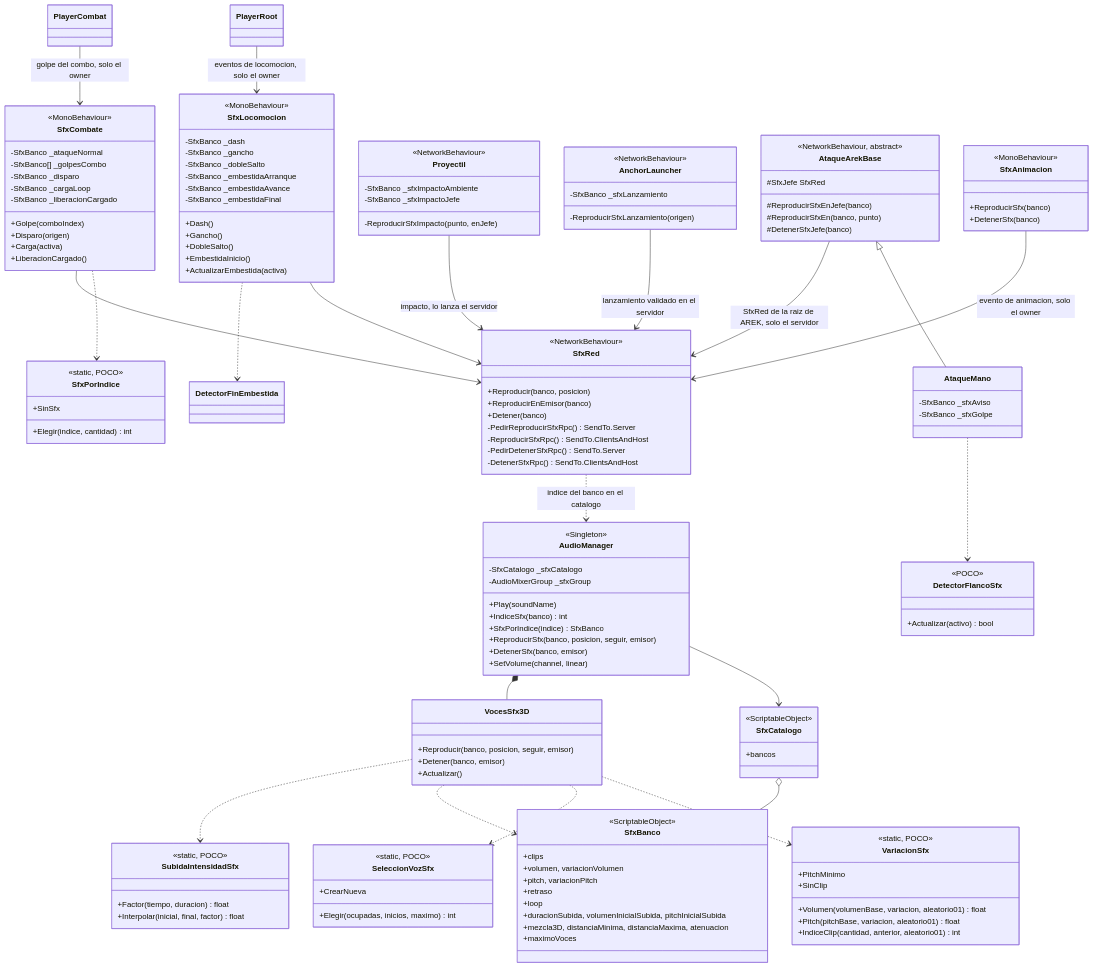
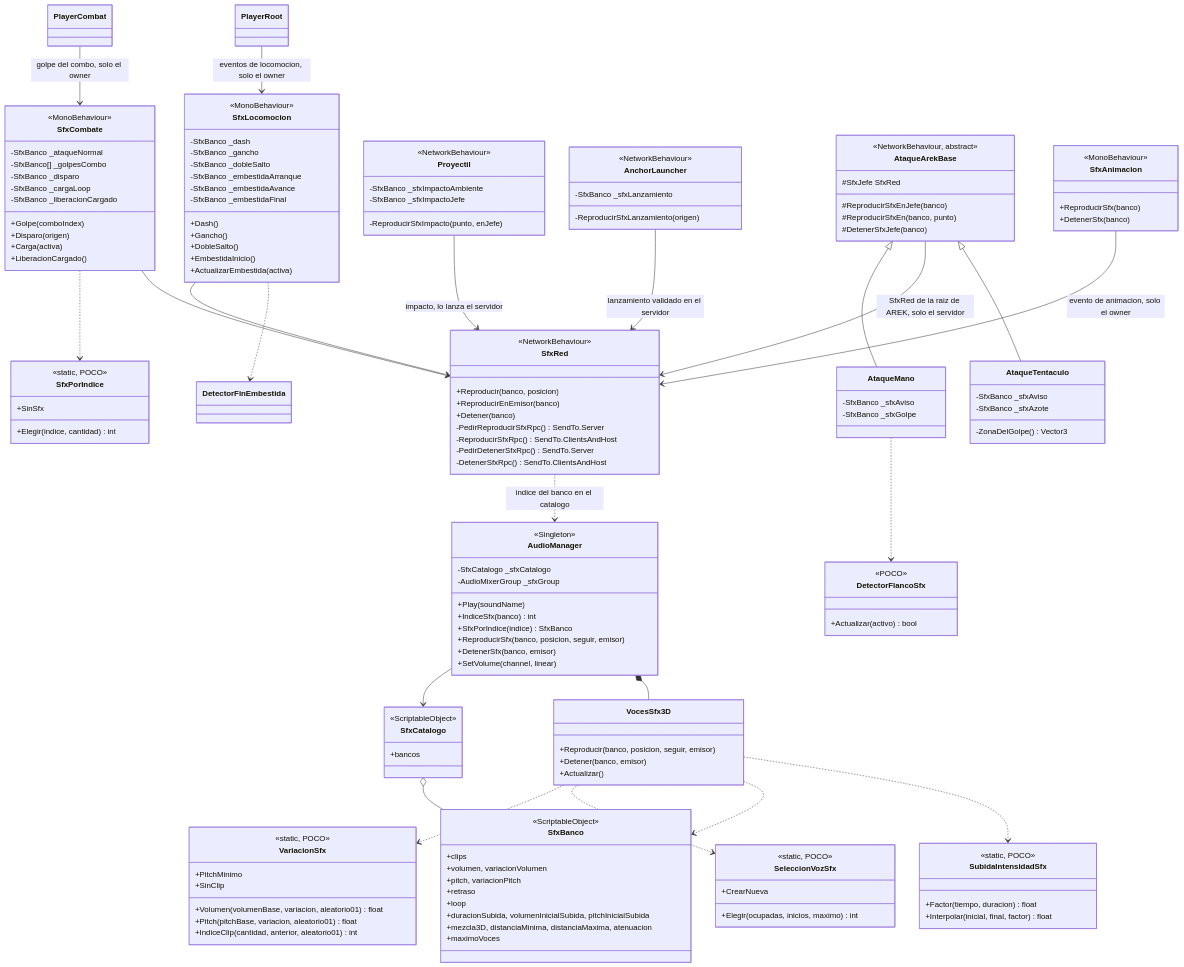
One commit to VicBojoDev10/DeathOfMeaningRepo changed the diagram in docs/diagrams/audio.mermaid. Above: the diagram before and after it, drawn with Mermaid.

Commit message:
doc: add tentacle attack sounds to the audio diagram

```diff
--- a/docs/diagrams/audio.mermaid
+++ b/docs/diagrams/audio.mermaid
@@ -1,159 +1,166 @@
 classDiagram
     class VariacionSfx {
         <<static, POCO>>
         +PitchMinimo
         +SinClip
         +Volumen(volumenBase, variacion, aleatorio01) float
         +Pitch(pitchBase, variacion, aleatorio01) float
         +IndiceClip(cantidad, anterior, aleatorio01) int
     }
 
     class SeleccionVozSfx {
         <<static, POCO>>
         +CrearNueva
         +Elegir(ocupadas, inicios, maximo) int
     }
 
     class SfxPorIndice {
         <<static, POCO>>
         +SinSfx
         +Elegir(indice, cantidad) int
     }
 
     class SfxCombate {
         <<MonoBehaviour>>
         -SfxBanco _ataqueNormal
         -SfxBanco[] _golpesCombo
         -SfxBanco _disparo
         -SfxBanco _cargaLoop
         -SfxBanco _liberacionCargado
         +Golpe(comboIndex)
         +Disparo(origen)
         +Carga(activa)
         +LiberacionCargado()
     }
 
     class SfxLocomocion {
         <<MonoBehaviour>>
         -SfxBanco _dash
         -SfxBanco _gancho
         -SfxBanco _dobleSalto
         -SfxBanco _embestidaArranque
         -SfxBanco _embestidaAvance
         -SfxBanco _embestidaFinal
         +Dash()
         +Gancho()
         +DobleSalto()
         +EmbestidaInicio()
         +ActualizarEmbestida(activa)
     }
 
     class Proyectil {
         <<NetworkBehaviour>>
         -SfxBanco _sfxImpactoAmbiente
         -SfxBanco _sfxImpactoJefe
         -ReproducirSfxImpacto(punto, enJefe)
     }
 
     class AnchorLauncher {
         <<NetworkBehaviour>>
         -SfxBanco _sfxLanzamiento
         -ReproducirSfxLanzamiento(origen)
     }
 
     class DetectorFlancoSfx {
         <<POCO>>
         +Actualizar(activo) bool
     }
 
     class AtaqueArekBase {
         <<NetworkBehaviour, abstract>>
         #SfxJefe SfxRed
         #ReproducirSfxEnJefe(banco)
         #ReproducirSfxEn(banco, punto)
         #DetenerSfxJefe(banco)
     }
 
     class AtaqueMano {
         -SfxBanco _sfxAviso
         -SfxBanco _sfxGolpe
     }
 
+    class AtaqueTentaculo {
+        -SfxBanco _sfxAviso
+        -SfxBanco _sfxAzote
+        -ZonaDelGolpe() Vector3
+    }
+
     class SubidaIntensidadSfx {
         <<static, POCO>>
         +Factor(tiempo, duracion) float
         +Interpolar(inicial, final, factor) float
     }
 
     class SfxBanco {
         <<ScriptableObject>>
         +clips
         +volumen, variacionVolumen
         +pitch, variacionPitch
         +retraso
         +loop
         +duracionSubida, volumenInicialSubida, pitchInicialSubida
         +mezcla3D, distanciaMinima, distanciaMaxima, atenuacion
         +maximoVoces
     }
 
     class SfxCatalogo {
         <<ScriptableObject>>
         +bancos
     }
 
     class AudioManager {
         <<Singleton>>
         -SfxCatalogo _sfxCatalogo
         -AudioMixerGroup _sfxGroup
         +Play(soundName)
         +IndiceSfx(banco) int
         +SfxPorIndice(indice) SfxBanco
         +ReproducirSfx(banco, posicion, seguir, emisor)
         +DetenerSfx(banco, emisor)
         +SetVolume(channel, linear)
     }
 
     class VocesSfx3D {
         +Reproducir(banco, posicion, seguir, emisor)
         +Detener(banco, emisor)
         +Actualizar()
     }
 
     class SfxRed {
         <<NetworkBehaviour>>
         +Reproducir(banco, posicion)
         +ReproducirEnEmisor(banco)
         +Detener(banco)
         -PedirReproducirSfxRpc() SendTo.Server
         -ReproducirSfxRpc() SendTo.ClientsAndHost
         -PedirDetenerSfxRpc() SendTo.Server
         -DetenerSfxRpc() SendTo.ClientsAndHost
     }
 
     class SfxAnimacion {
         <<MonoBehaviour>>
         +ReproducirSfx(banco)
         +DetenerSfx(banco)
     }
 
     SfxCatalogo o-- SfxBanco
     AudioManager --> SfxCatalogo
     AudioManager *-- VocesSfx3D
     VocesSfx3D ..> VariacionSfx
     VocesSfx3D ..> SeleccionVozSfx
     VocesSfx3D ..> SfxBanco
     SfxRed ..> AudioManager : indice del banco en el catalogo
     SfxAnimacion --> SfxRed : evento de animacion, solo el owner
     PlayerCombat --> SfxCombate : golpe del combo, solo el owner
     SfxCombate ..> SfxPorIndice
     SfxCombate --> SfxRed
     VocesSfx3D ..> SubidaIntensidadSfx
     PlayerRoot --> SfxLocomocion : eventos de locomocion, solo el owner
     SfxLocomocion --> SfxRed
     Proyectil --> SfxRed : impacto, lo lanza el servidor
     SfxLocomocion ..> DetectorFinEmbestida
     AnchorLauncher --> SfxRed : lanzamiento validado en el servidor
     AtaqueArekBase <|-- AtaqueMano
     AtaqueArekBase --> SfxRed : SfxRed de la raiz de AREK, solo el servidor
     AtaqueMano ..> DetectorFlancoSfx
+    AtaqueArekBase <|-- AtaqueTentaculo
```
